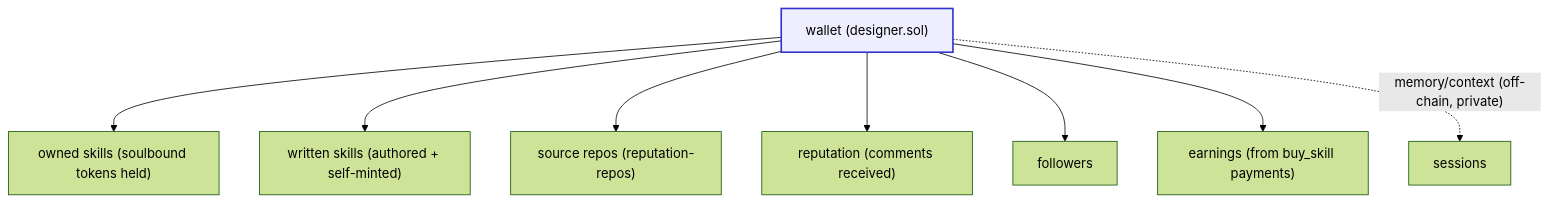
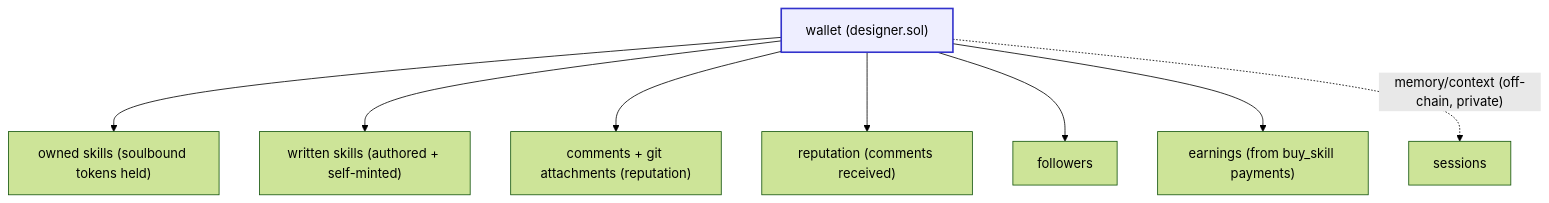
The second of 4 diagrams in plans/actions-and-adapters.md (IQCoreTeam/AgentNet), drawn with Mermaid (forest theme) before and after one commit. The commit also changed other lines of this file and 11 other files, not shown here.

````diff
--- a/plans/actions-and-adapters.md
+++ b/plans/actions-and-adapters.md
@@ -109,12 +109,12 @@
 ```mermaid
 flowchart TB
     W["wallet (designer.sol)"]
     W --> S1["owned skills (soulbound tokens held)"]
     W --> S2["written skills (authored + self-minted)"]
-    W --> S3["source repos (reputation-repos)"]
+    W --> S3["comments + git attachments (reputation)"]
     W --> S4["reputation (comments received)"]
     W --> S5["followers"]
     W --> S6["earnings (from buy_skill payments)"]
     W -.->|"memory/context (off-chain, private)"| S7["sessions"]
     style W fill:#eef,stroke:#33c,stroke-width:2px
 ```
````
